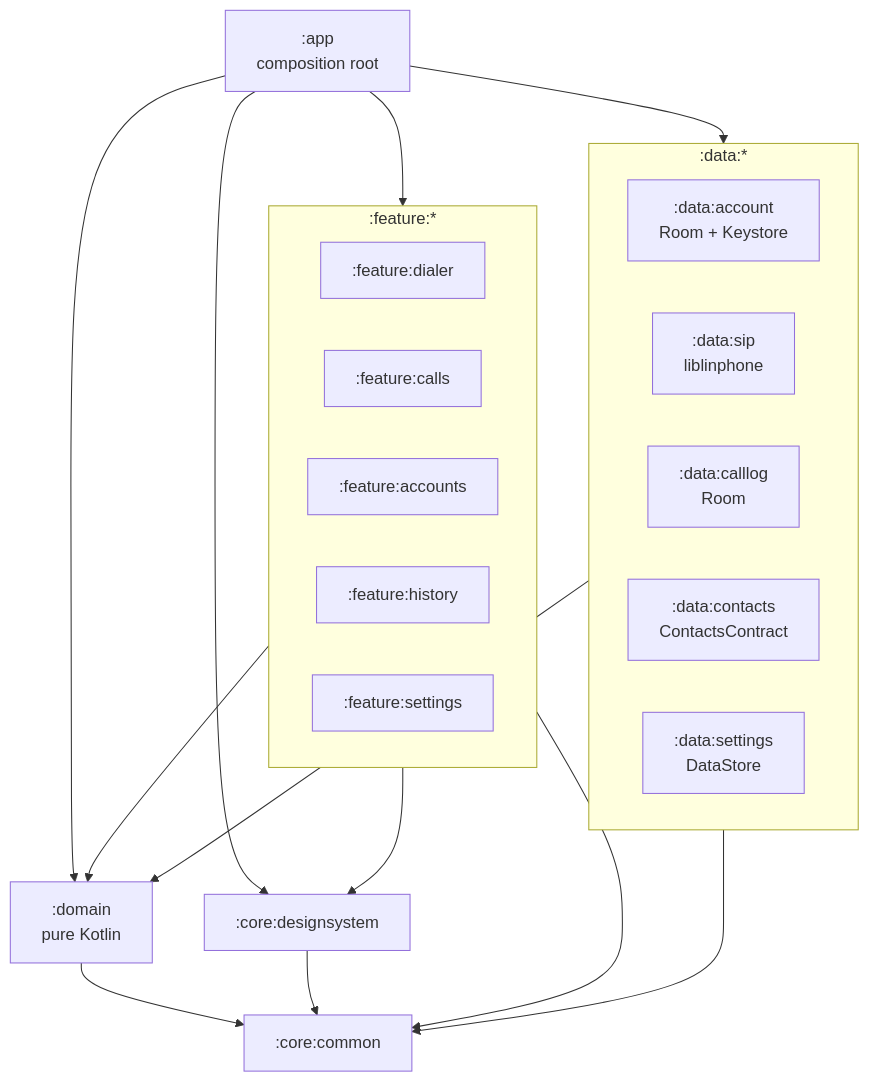
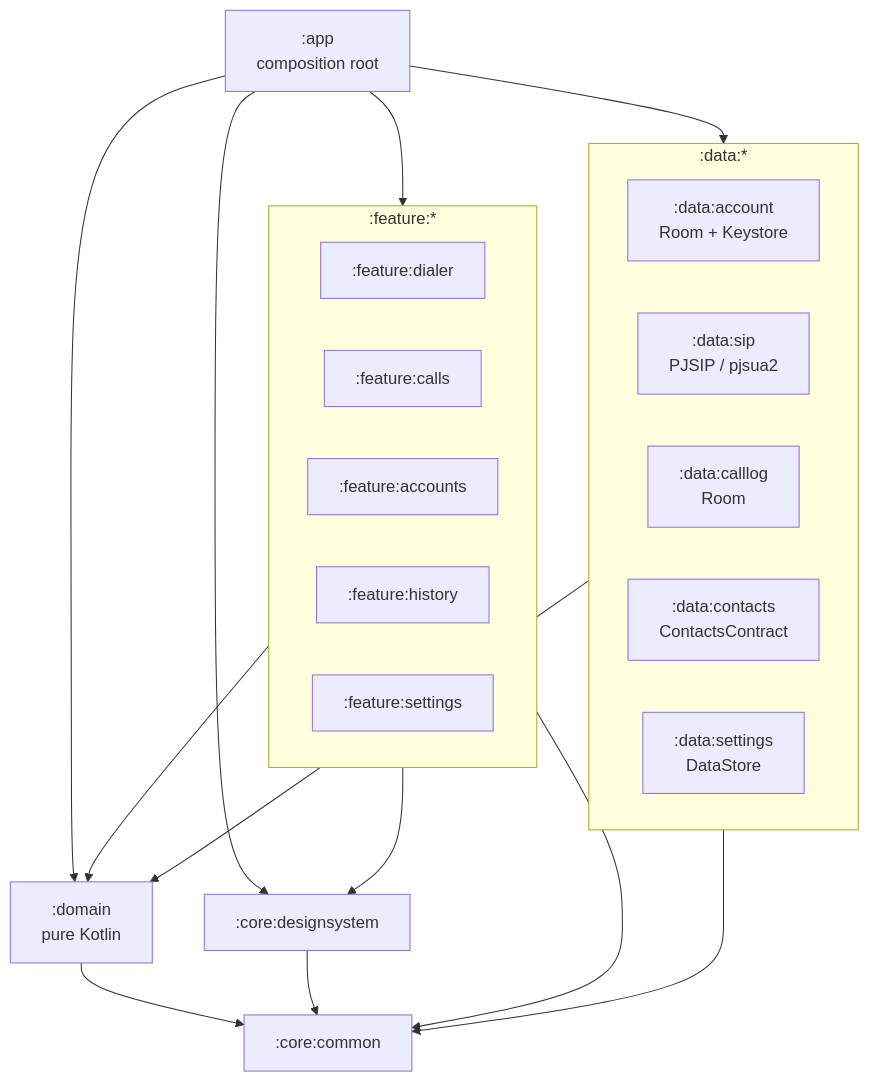
One commit to Rahulcse79/whatsapp-v2 changed the first of 6 diagrams in docs/architecture.md. Above: the diagram before and after it, drawn with Mermaid. The commit also changed other lines of this file and 8 other files, not shown here.

````diff
--- a/docs/architecture.md
+++ b/docs/architecture.md
@@ -429,39 +460,39 @@
 ```mermaid
 graph TD
     app[":app<br/>composition root"]
 
     subgraph features [":feature:*"]
         dialer[":feature:dialer"]
         calls[":feature:calls"]
         accounts[":feature:accounts"]
         history[":feature:history"]
         settings_ui[":feature:settings"]
     end
 
     subgraph data [":data:*"]
         account_data[":data:account<br/>Room + Keystore"]
-        sip[":data:sip<br/>liblinphone"]
+        sip[":data:sip<br/>PJSIP / pjsua2"]
         calllog[":data:calllog<br/>Room"]
         contacts[":data:contacts<br/>ContactsContract"]
         settings_data[":data:settings<br/>DataStore"]
     end
 
     domain[":domain<br/>pure Kotlin"]
     designsystem[":core:designsystem"]
     common[":core:common"]
 
     app --> features
     app --> data
     app --> domain
     app --> designsystem
 
     features --> domain
     features --> designsystem
     features --> common
 
     data --> domain
     data --> common
 
     domain --> common
     designsystem --> common
 ```
````
